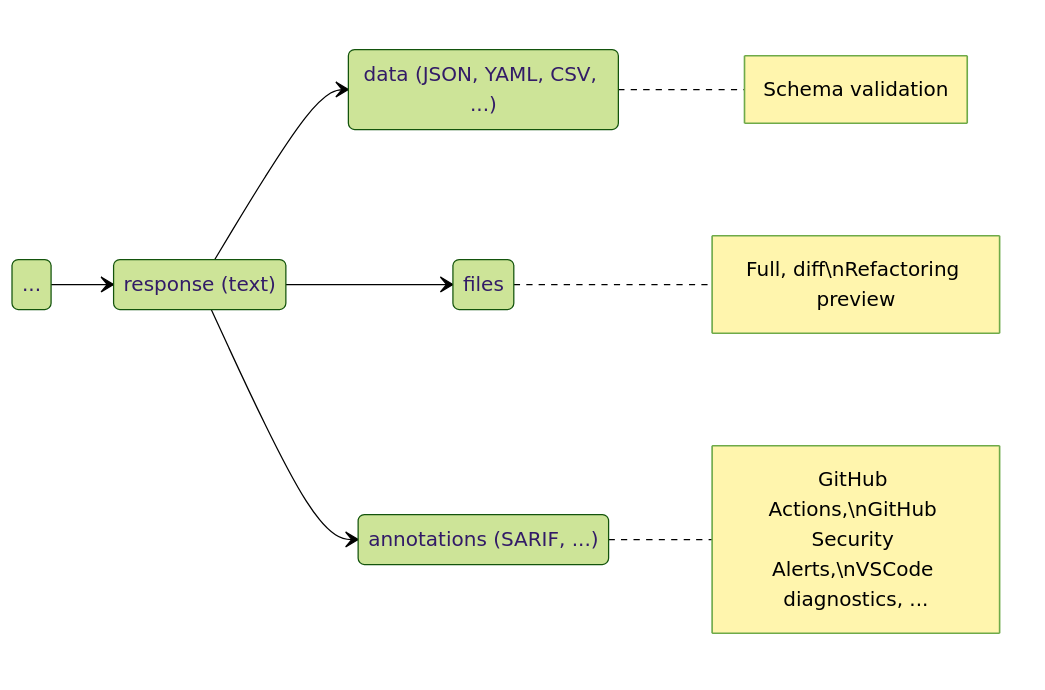
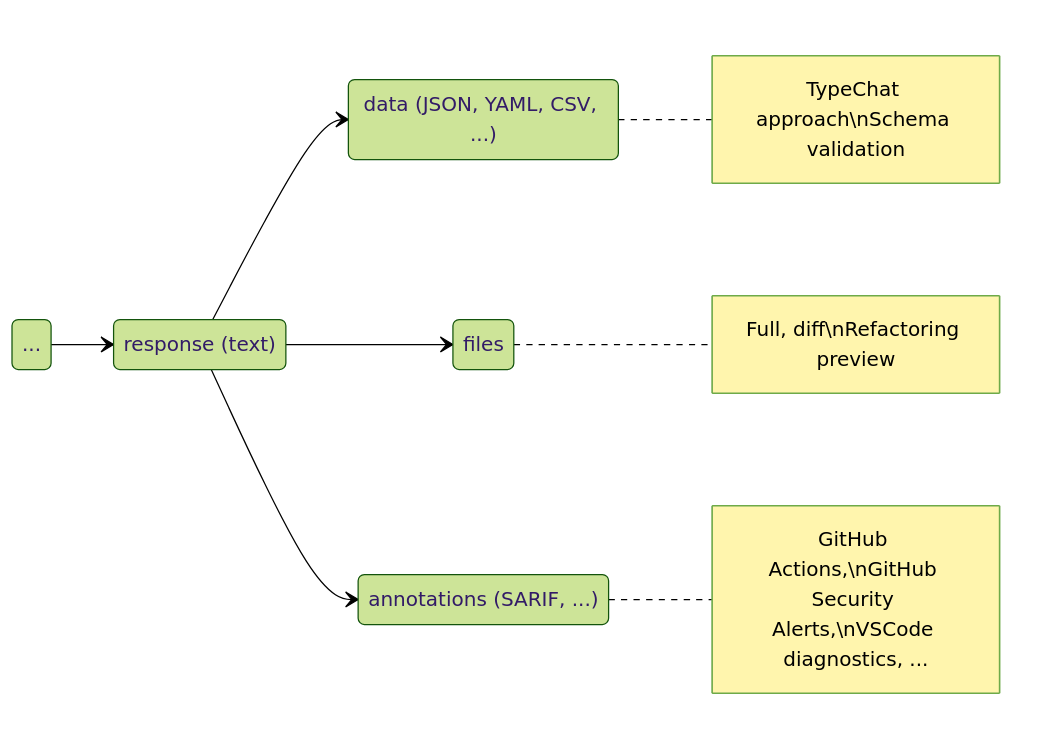
The third of 3 diagrams in slides/slides.md (microsoft/genaiscript), drawn with Mermaid (forest theme) before and after one commit. The commit also changed other lines of this file, not shown here.

````diff
--- a/slides/slides.md
+++ b/slides/slides.md
@@ -90,17 +129,17 @@
 ```mermaid
 
 stateDiagram
   direction LR
     response: response (text)
     data: data (JSON, YAML, CSV, ...)
     annotations: annotations (SARIF, ...)
     files: files
-    note right of data: Schema validation
+    note right of data: TypeChat approach\nSchema validation
     note right of files: Full, diff\nRefactoring preview
     note right of annotations: GitHub Actions,\nGitHub Security Alerts,\nVSCode diagnostics, ...
     LLM: ...
     LLM --> response
     response --> files
     response --> data
     response --> annotations
 ```
````
